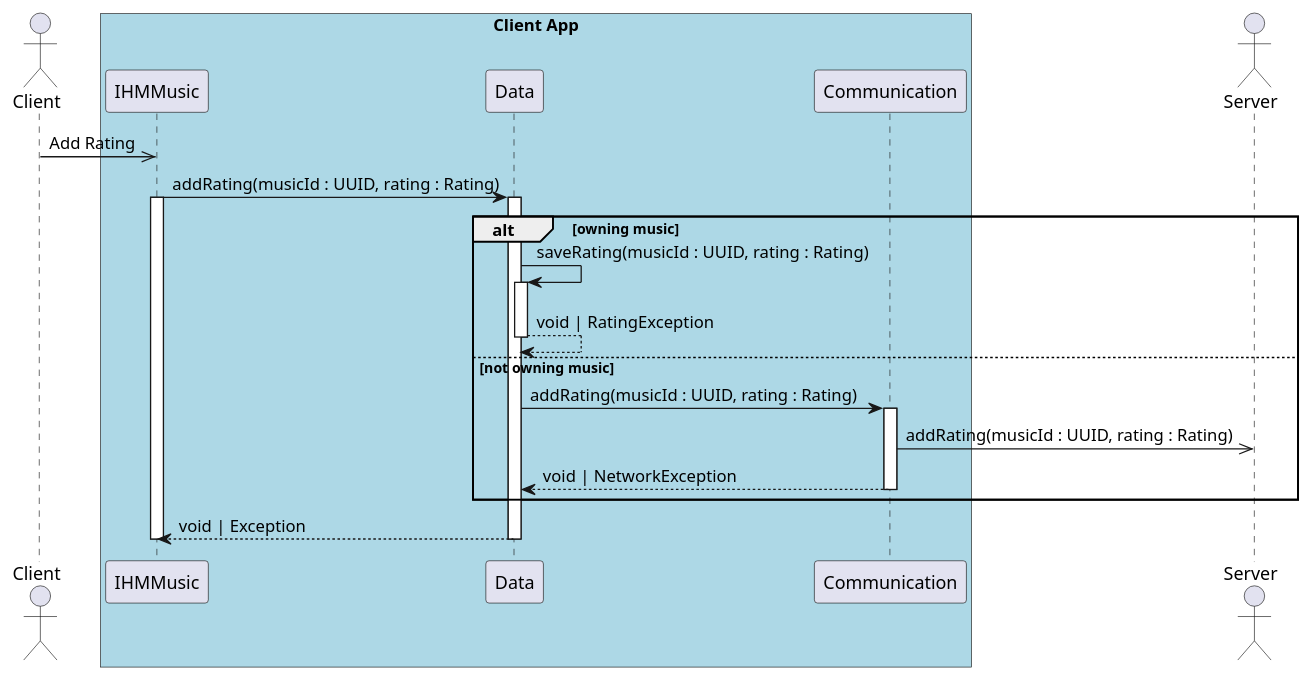
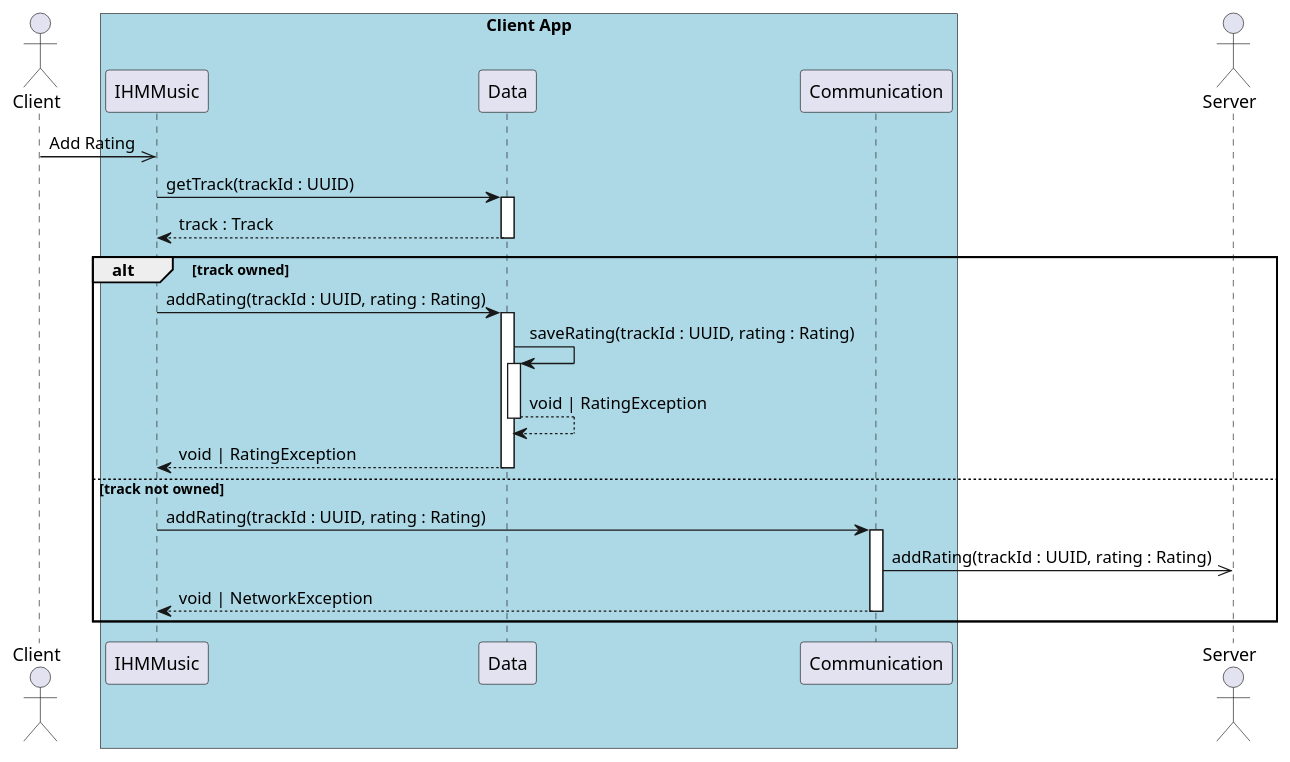
The diagram in sequence/4.1_add_rating_client.puml (UTCAI12/Diagrams), drawn with PlantUML before and after one commit. The commit also changed 2 other files, not shown here.

Commit message:
Fixing diagrams with new conception.

```diff
--- a/sequence/4.1_add_rating_client.puml
+++ b/sequence/4.1_add_rating_client.puml
@@ -1,30 +1,31 @@
 @startuml 4.1. User add a rating to a music (client - sender)
 
 actor Client as client
 
 box "Client App" #LightBlue
     participant IHMMusic as ihm
     participant Data as data
     participant Communication as com
 end box
 
 actor Server as server
 
 client ->> ihm : Add Rating
 
-ihm -> data++ : addRating(musicId : UUID, rating : Rating)
-activate ihm
+ihm -> data++ : getTrack(trackId : UUID)
+return track : Track
 
-alt owning music
-    data -> data++ : saveRating(musicId : UUID, rating : Rating)
+alt track owned
+    ihm -> data++ : addRating(trackId : UUID, rating : Rating)
+    data -> data++ : saveRating(trackId : UUID, rating : Rating)
     return void | RatingException
-else not owning music
-    data -> com++ : addRating(musicId : UUID, rating : Rating)
-    com ->> server : addRating(musicId : UUID, rating : Rating)
+    return void | RatingException
+else track not owned
+    ihm -> com++ : addRating(trackId : UUID, rating : Rating)
+    com ->> server : addRating(trackId : UUID, rating : Rating)
     return void | NetworkException
 end
 
-return void | Exception
 deactivate ihm
 
 @enduml
```
